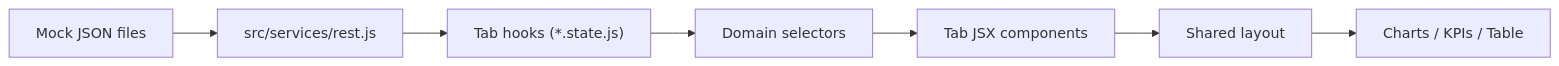
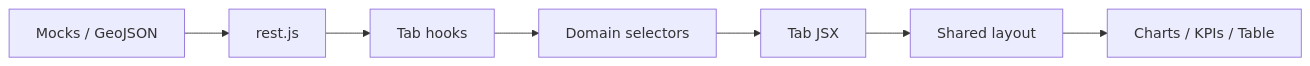
One commit to andrepimentelsantos01/dashboard-ia-bi-demo changed the third of 3 diagrams in README.md. Above: the diagram before and after it, drawn with Mermaid. The commit also changed other lines of this file and 31 other files, not shown here.

Commit message:
[FEAT] add heatmap, stacked bar, scatter aggregate bar, Brazil map morph, ABC/XYZ analyses, and optimize ChartMapMorph performance.

````diff
--- a/README.md
+++ b/README.md
@@ -645,9 +538,9 @@
 ```mermaid
 flowchart LR
-    A["Mock JSON files"] --> B["src/services/rest.js"]
-    B --> C["Tab hooks (*.state.js)"]
+    A["Mocks / GeoJSON"] --> B["rest.js"]
+    B --> C["Tab hooks"]
     C --> D["Domain selectors"]
-    D --> E["Tab JSX components"]
+    D --> E["Tab JSX"]
     E --> F["Shared layout"]
     F --> G["Charts / KPIs / Table"]
 ```
````
